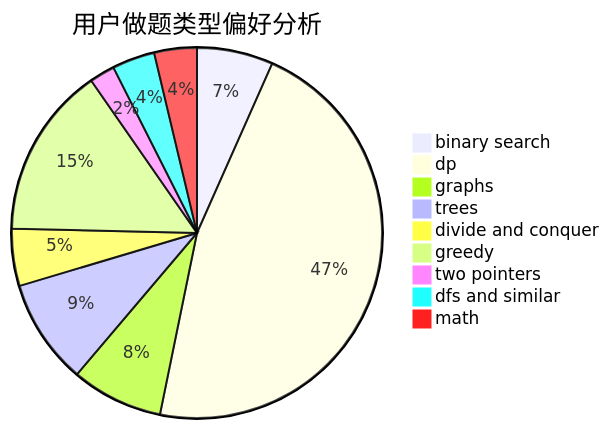
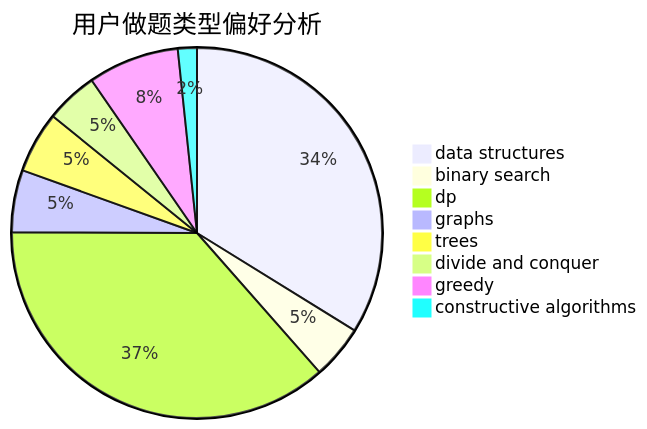
The second of 3 diagrams in docs/user/u17.md (sherpahu/cfrs.github.io), drawn with Mermaid before and after one commit. The commit also changed other lines of this file and 2775 other files, not shown here.

````diff
--- a/docs/user/u17.md
+++ b/docs/user/u17.md
@@ -23,12 +23,11 @@
 ```mermaid
 pie title 用户做题类型偏好分析
-    "binary search" :  84
-    "dp" :  588
-    "graphs" :  101
-    "trees" :  116
+    "data structures" :  468
+    "binary search" :  65
+    "dp" :  506
+    "graphs" :  75
+    "trees" :  74
     "divide and conquer" :  63
-    "greedy" :  189
-    "two pointers" :  28
-    "dfs and similar" :  47
-    "math" :  47
+    "greedy" :  110
+    "constructive algorithms" :  23
 ```
````
